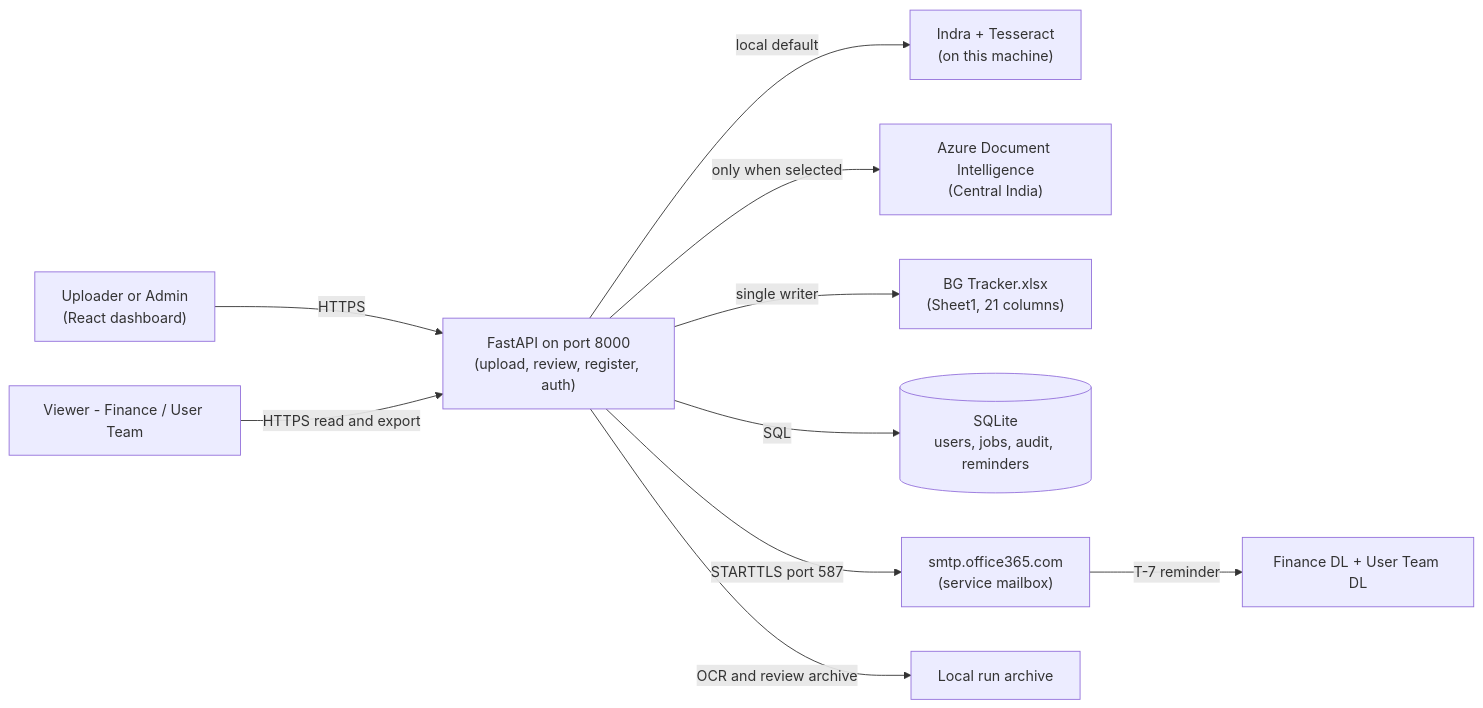
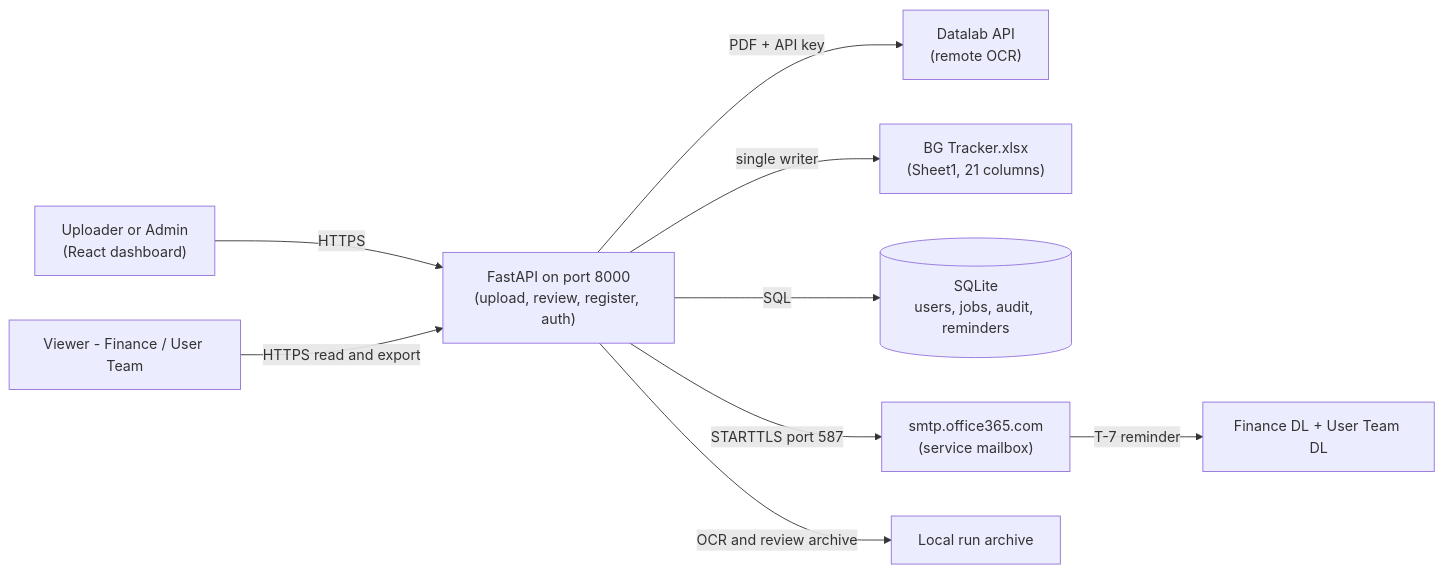
The first of 3 diagrams in plan/01-architecture.md (LaxmiKhilnani-nhit/Bank-Guarantee-Automation), drawn with Mermaid before and after one commit. The commit also changed other lines of this file and 22 other files, not shown here.

First line of the commit message:
Switch OCR to the Datalab API

````diff
--- a/plan/01-architecture.md
+++ b/plan/01-architecture.md
@@ -35,12 +34,11 @@
 ```mermaid
 flowchart LR
   Uploader["Uploader or Admin\n(React dashboard)"] -->|HTTPS| API["FastAPI on port 8000\n(upload, review, register, auth)"]
   Viewer["Viewer - Finance / User Team"] -->|HTTPS read and export| API
-  API -->|local default| LOCAL["Indra + Tesseract\n(on this machine)"]
-  API -->|only when selected| DI["Azure Document Intelligence\n(Central India)"]
+  API -->|PDF + API key| DL["Datalab API\n(remote OCR)"]
   API -->|single writer| XLSX["BG Tracker.xlsx\n(Sheet1, 21 columns)"]
   API -->|SQL| DB[("SQLite\nusers, jobs, audit, reminders")]
   API -->|STARTTLS port 587| SMTP["smtp.office365.com\n(service mailbox)"]
-  SMTP -->|T-7 reminder| DL["Finance DL + User Team DL"]
+  SMTP -->|T-7 reminder| DLIST["Finance DL + User Team DL"]
   API -->|OCR and review archive| STORE["Local run archive"]
 ```
````
